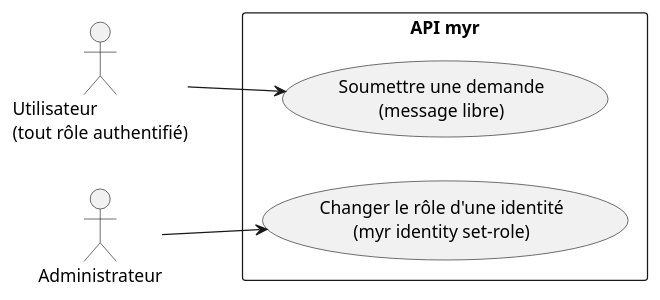
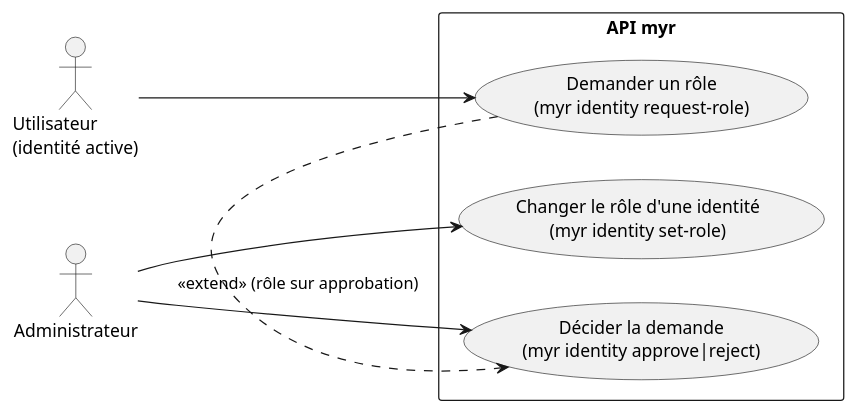
Before and after one commit to myr-forge/myr-core: the first of 2 diagrams in specs/2-Analyse/UCA-Compte_et_Acces/UCA08.md, drawn with PlantUML. The commit also changed other lines of this file and 50 other files, not shown here.

````diff
--- a/specs/2-Analyse/UCA-Compte_et_Acces/UCA08.md
+++ b/specs/2-Analyse/UCA-Compte_et_Acces/UCA08.md
@@ -25,17 +26,20 @@
 ```plantuml
 @startuml
 left to right direction
 
-actor "Utilisateur\n(tout rôle authentifié)" as U
+actor "Utilisateur\n(identité active)" as U
 actor "Administrateur" as ADM
 
 rectangle "API myr" {
-    usecase "Soumettre une demande\n(message libre)" as UC1
-    usecase "Changer le rôle d'une identité\n(myr identity set-role)" as UC2
+    usecase "Demander un rôle\n(myr identity request-role)" as UC1
+    usecase "Décider la demande\n(myr identity approve|reject)" as UC2
+    usecase "Changer le rôle d'une identité\n(myr identity set-role)" as UC3
 }
 
 U --> UC1
 ADM --> UC2
+ADM --> UC3
+UC1 .> UC2 : <<extend>> (rôle sur approbation)
 
 @enduml
 ```
````
